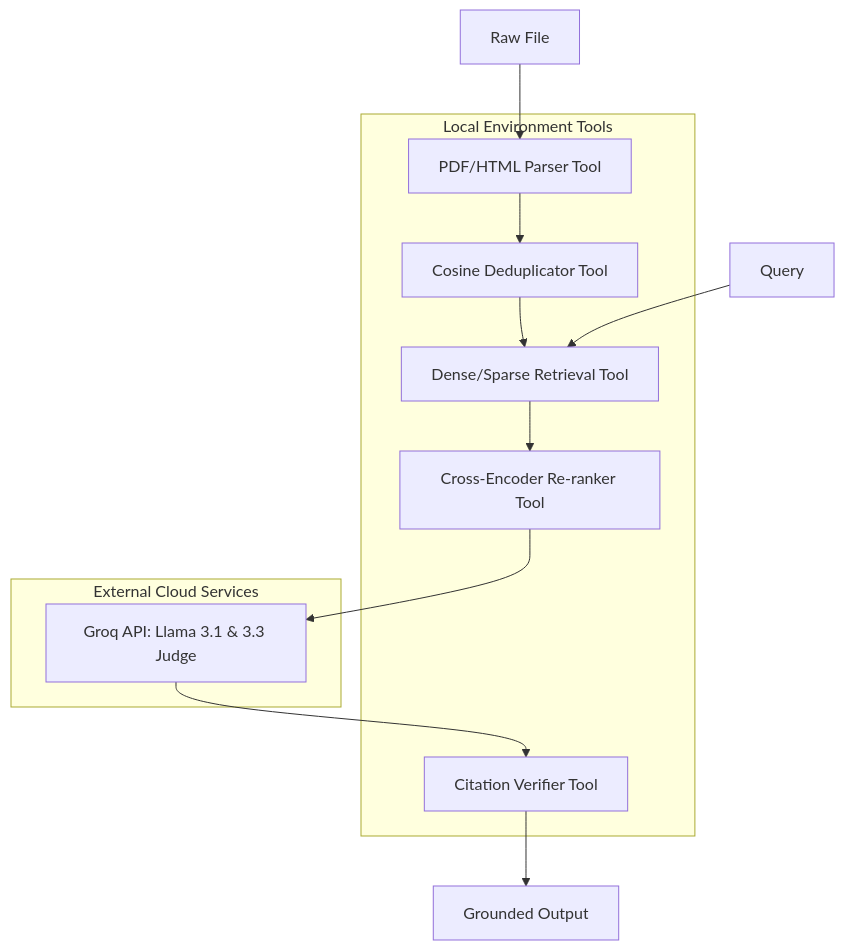
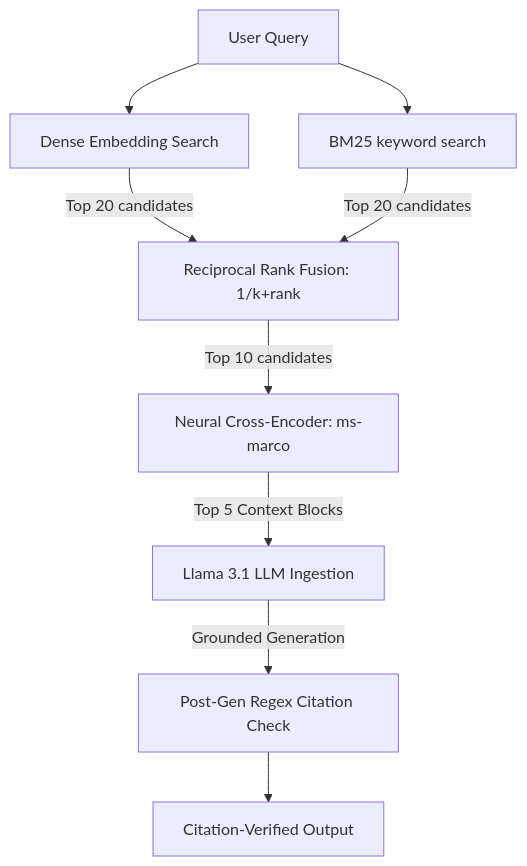
Before and after one commit to suraj-78/RAG-Pipeline-with-Hybrid-Search-Over-Internal-Docs: the fourth of 4 diagrams in README.md, drawn with Mermaid. The commit also changed other lines of this file and 18 other files, not shown here.

````diff
--- a/README.md
+++ b/README.md
@@ -130,18 +118,11 @@
 ```mermaid
 graph TD
-    subgraph Local Environment Tools
-        Parser[PDF/HTML Parser Tool]
-        Deduplicator[Cosine Deduplicator Tool]
-        Retriever[Dense/Sparse Retrieval Tool]
-        ReRanker[Cross-Encoder Re-ranker Tool]
-        Verifier[Citation Verifier Tool]
-    end
-    
-    subgraph External Cloud Services
-        GroqAPI[Groq API: Llama 3.1 & 3.3 Judge]
-    end
-    
-    Doc[Raw File] --> Parser --> Deduplicator --> Retriever
-    Query[Query] --> Retriever --> ReRanker
-    ReRanker --> GroqAPI --> Verifier --> Output[Grounded Output]
+    Query[User Query] --> Dense[Dense Embedding Search]
+    Query --> Sparse[BM25 keyword search]
+    Dense -->|Top 20 candidates| Fusion[Reciprocal Rank Fusion: 1/k+rank]
+    Sparse -->|Top 20 candidates| Fusion
+    Fusion -->|Top 10 candidates| Reranker[Neural Cross-Encoder: ms-marco]
+    Reranker -->|Top 5 Context Blocks| Generator[Llama 3.1 LLM Ingestion]
+    Generator -->|Grounded Generation| Verifier[Post-Gen Regex Citation Check]
+    Verifier --> Output[Citation-Verified Output]
 ```
````
